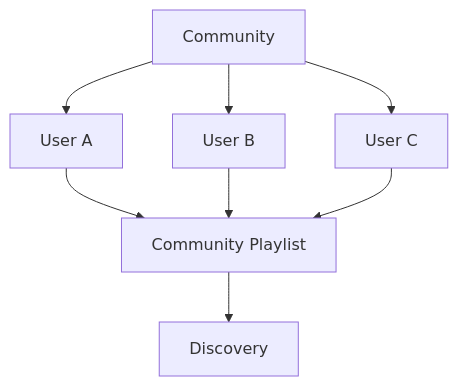
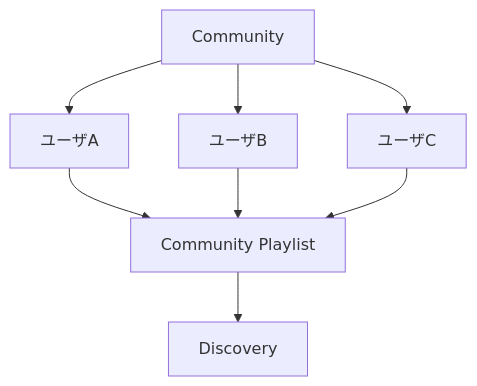
One commit to ShigeichiroYamasaki/creator-first-platform changed diagram 15 of 35 in docs/whitepaper/08-discovery-community.md. Above: the diagram before and after it, drawn with Mermaid. The commit also changed other lines of this file and 67 other files, not shown here.

````diff
--- a/docs/whitepaper/08-discovery-community.md
+++ b/docs/whitepaper/08-discovery-community.md
@@ -533,13 +533,13 @@
 ```mermaid
 flowchart TD
     COMMUNITY[Community]
-    COMMUNITY --> U1[User A]
-    COMMUNITY --> U2[User B]
-    COMMUNITY --> U3[User C]
+    COMMUNITY --> U1[ユーザA]
+    COMMUNITY --> U2[ユーザB]
+    COMMUNITY --> U3[ユーザC]
 
     U1 --> PLAYLIST[Community Playlist]
     U2 --> PLAYLIST
     U3 --> PLAYLIST
 
     PLAYLIST --> DISCOVERY[Discovery]
 ```
````
